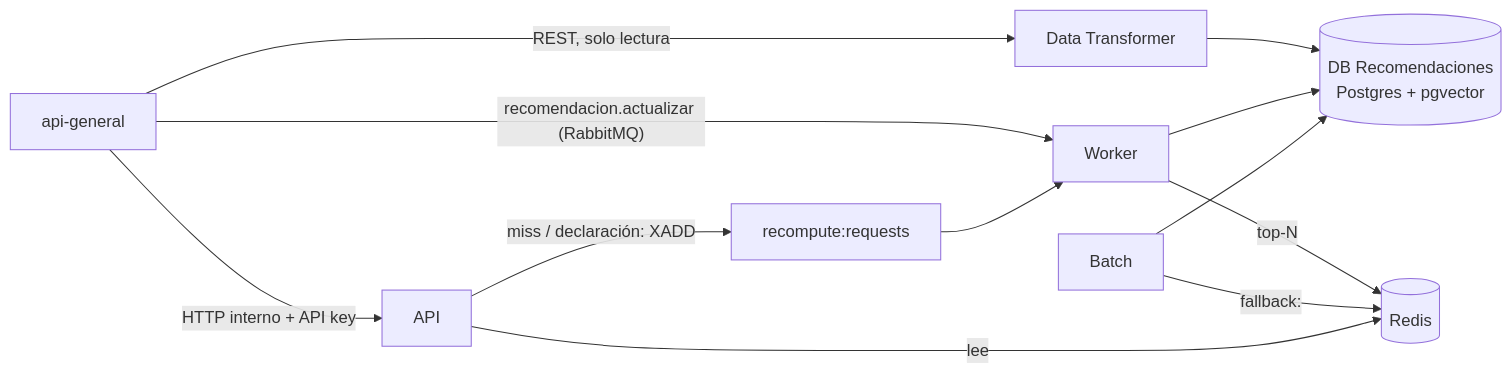
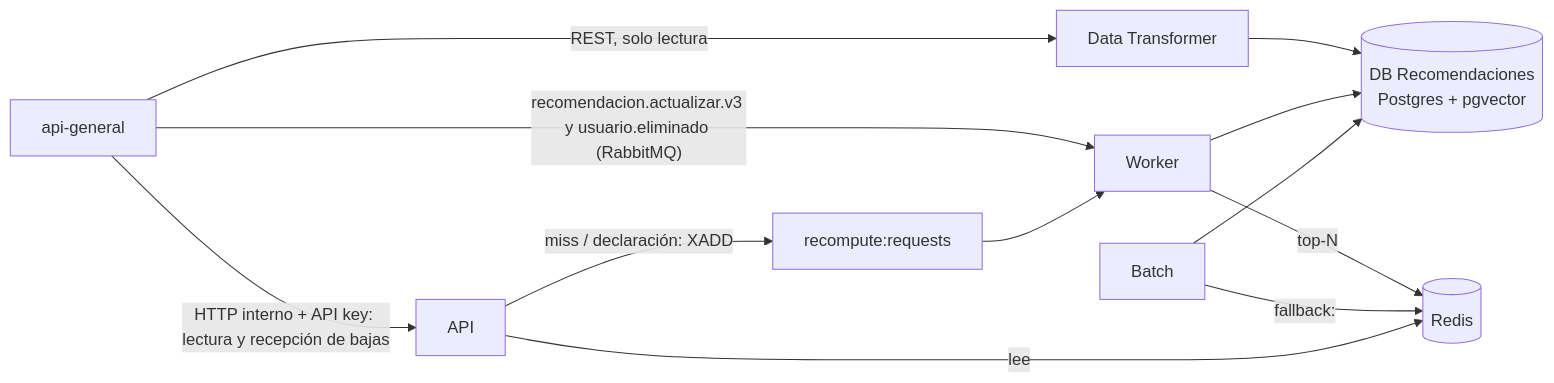
The diagram in recomendaciones/docs/architecture.md (HingusPingus/prototipo_recomendaciones), drawn with Mermaid before and after one commit. The commit also changed other lines of this file and 12 other files, not shown here.

````diff
--- a/recomendaciones/docs/architecture.md
+++ b/recomendaciones/docs/architecture.md
@@ -18,14 +18,14 @@
 ```mermaid
 flowchart LR
     AG["api-general"] -->|REST, solo lectura| DT["Data Transformer"]
-    AG -->|"recomendacion.actualizar (RabbitMQ)"| W["Worker"]
+    AG -->|"recomendacion.actualizar.v3 y usuario.eliminado (RabbitMQ)"| W["Worker"]
     DT --> PG[("DB Recomendaciones<br/>Postgres + pgvector")]
     W --> PG
     B["Batch"] --> PG
     W -->|"top-N"| R[("Redis")]
     B -->|"fallback:"| R
     API["API"] -->|"lee"| R
     API -->|"miss / declaración: XADD"| RQ["recompute:requests"]
     RQ --> W
-    AG -->|"HTTP interno + API key"| API
+    AG -->|"HTTP interno + API key: lectura y recepción de bajas"| API
 ```
````
